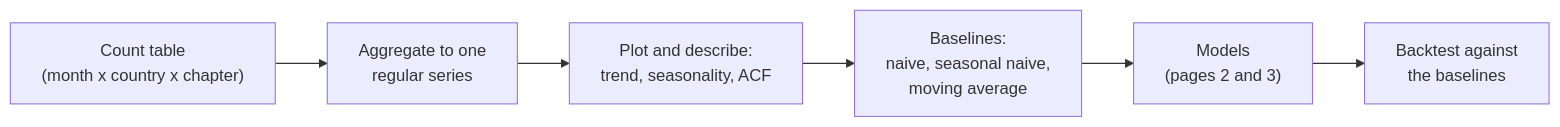
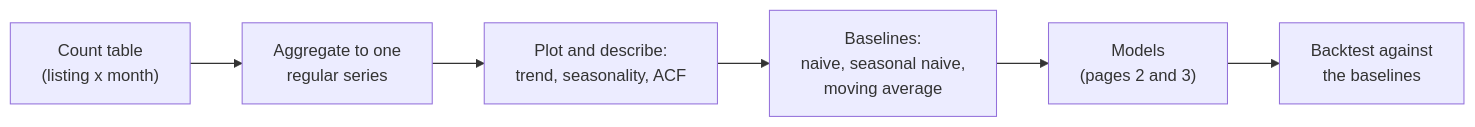
One commit to khoadaniel/statistical-programming-mpmd-htw-ws-2026 changed the diagram in sessions/12-time-series/theory/01-time-series-and-baselines.md. Above: the diagram before and after it, drawn with Mermaid. The commit also changed other lines of this file and 106 other files, not shown here.

````diff
--- a/sessions/12-time-series/theory/01-time-series-and-baselines.md
+++ b/sessions/12-time-series/theory/01-time-series-and-baselines.md
@@ -7,8 +9,8 @@
 ```mermaid
 flowchart LR
-    E["Count table<br/>(month x country x chapter)"] --> A["Aggregate to one<br/>regular series"]
+    E["Count table<br/>(listing x month)"] --> A["Aggregate to one<br/>regular series"]
     A --> P["Plot and describe:<br/>trend, seasonality, ACF"]
     P --> B["Baselines:<br/>naive, seasonal naive,<br/>moving average"]
     B --> M["Models<br/>(pages 2 and 3)"]
     M --> V["Backtest against<br/>the baselines"]
 ```
````
